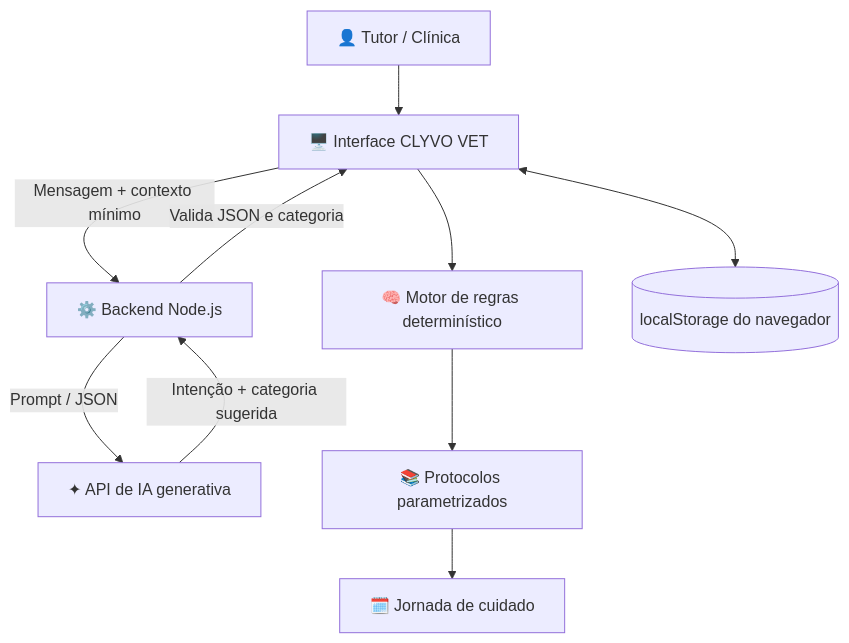
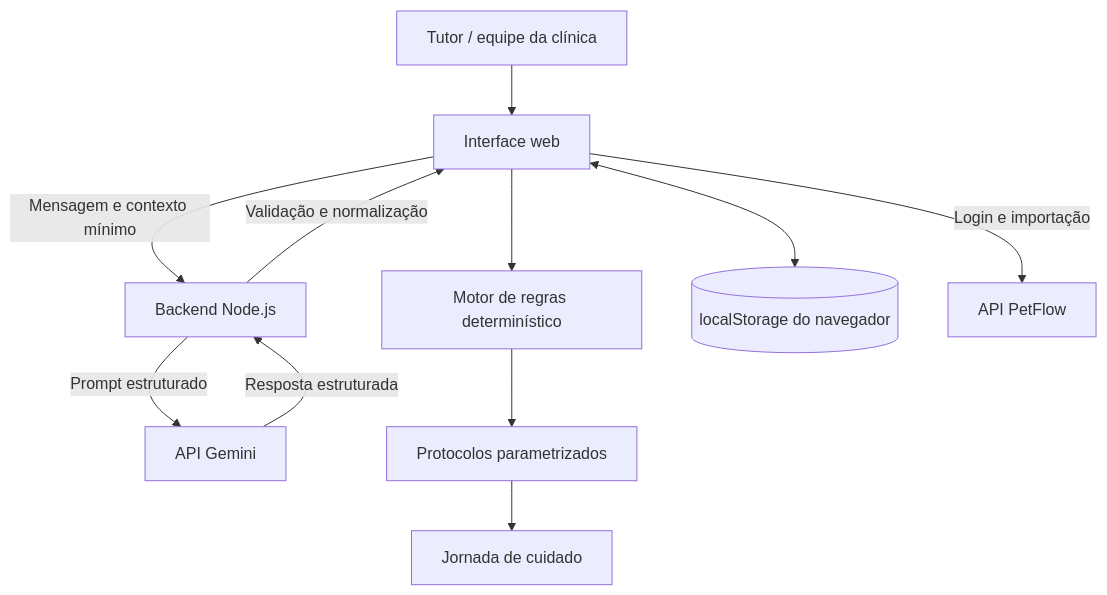
One commit to AltamirLima/clyvo-vet-sprint4 changed the diagram in docs/ARQUITETURA.md. Above: the diagram before and after it, drawn with Mermaid. The commit also changed other lines of this file, not shown here.

Commit message:
Document implemented Sprint 4 AI architecture and safeguards

````diff
--- a/docs/ARQUITETURA.md
+++ b/docs/ARQUITETURA.md
@@ -3,12 +7,13 @@
 ```mermaid
 flowchart TD
-    T[👤 Tutor / Clínica] --> UI[🖥️ Interface CLYVO VET]
-    UI -->|Mensagem + contexto mínimo| BE[⚙️ Backend Node.js]
-    BE -->|Prompt / JSON| API[✦ API de IA generativa]
-    API -->|Intenção + categoria sugerida| BE
-    BE -->|Valida JSON e categoria| UI
-    UI --> RULES[🧠 Motor de regras determinístico]
-    RULES --> PROT[📚 Protocolos parametrizados]
-    PROT --> JOURNEY[🗓️ Jornada de cuidado]
+    T[Tutor / equipe da clínica] --> UI[Interface web]
+    UI -->|Mensagem e contexto mínimo| BE[Backend Node.js]
+    BE -->|Prompt estruturado| GEM[API Gemini]
+    GEM -->|Resposta estruturada| BE
+    BE -->|Validação e normalização| UI
+    UI --> RULES[Motor de regras determinístico]
+    RULES --> PROT[Protocolos parametrizados]
+    PROT --> JOURNEY[Jornada de cuidado]
     UI <--> LS[(localStorage do navegador)]
+    UI -->|Login e importação| PF[API PetFlow]
 ```
````
